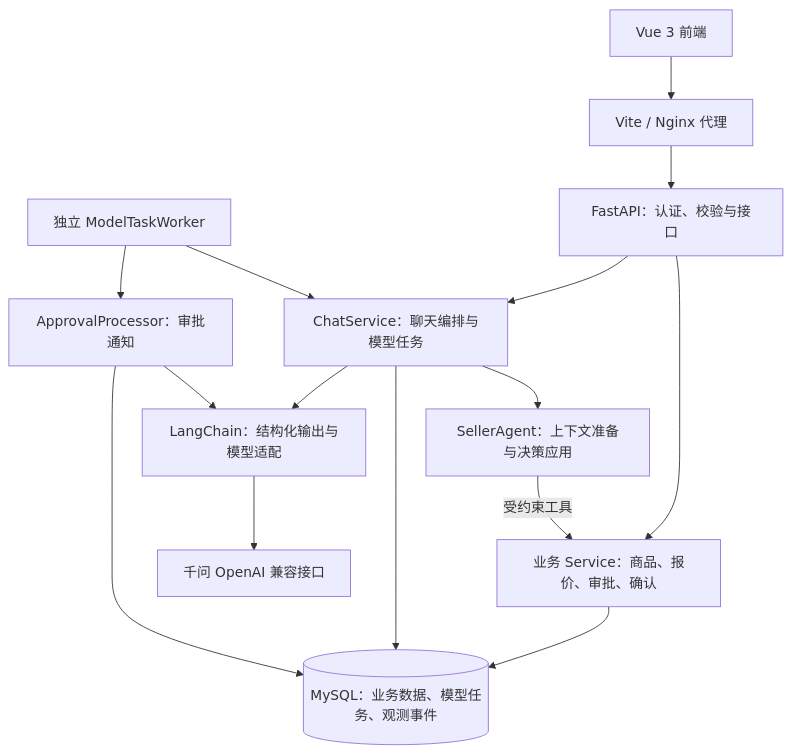
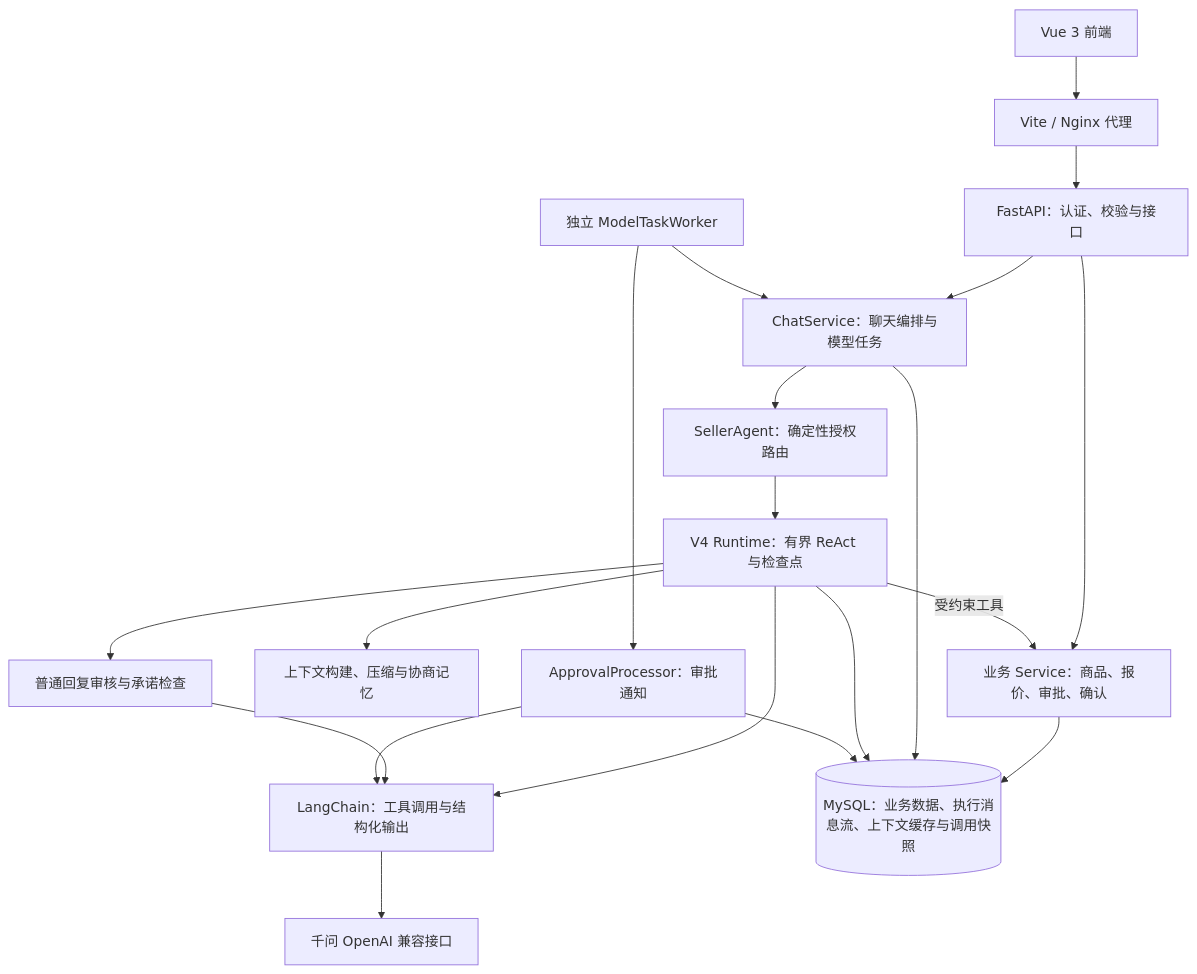
The diagram in README.md (Zz9468/secondhand-agent), drawn with Mermaid before and after one commit. The commit also changed other lines of this file and 82 other files, not shown here.

```diff
--- a/README.md
+++ b/README.md
@@ -20,17 +21,22 @@
 ~~~mermaid
 flowchart TB
     Frontend["Vue 3 前端"] --> Proxy["Vite / Nginx 代理"]
     Proxy --> API["FastAPI：认证、校验与接口"]
     API --> Services["业务 Service：商品、报价、审批、确认"]
     API --> Chat["ChatService：聊天编排与模型任务"]
-    Chat --> Agent["SellerAgent：上下文准备与决策应用"]
-    Agent -->|"受约束工具"| Services
-    Chat --> Provider["LangChain：结构化输出与模型适配"]
+    Chat --> Agent["SellerAgent：确定性授权路由"]
+    Agent --> Runtime["V4 Runtime：有界 ReAct 与检查点"]
+    Runtime --> Context["上下文构建、压缩与协商记忆"]
+    Runtime -->|"受约束工具"| Services
+    Runtime --> Provider["LangChain：工具调用与结构化输出"]
     Provider --> Qwen["千问 OpenAI 兼容接口"]
+    Runtime --> Review["普通回复审核与承诺检查"]
+    Review --> Provider
     Worker["独立 ModelTaskWorker"] --> Chat
     Worker --> Followup["ApprovalProcessor：审批通知"]
     Followup --> Provider
-    Services --> DB[("MySQL：业务数据、模型任务、观测事件")]
+    Services --> DB[("MySQL：业务数据、执行消息流、上下文缓存与调用快照")]
     Chat --> DB
+    Runtime --> DB
     Followup --> DB
 ~~~
```
